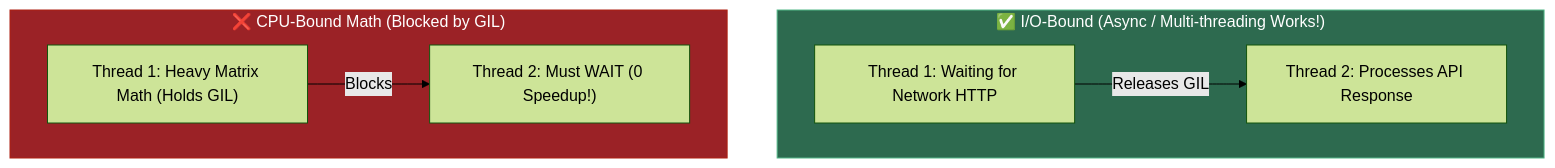
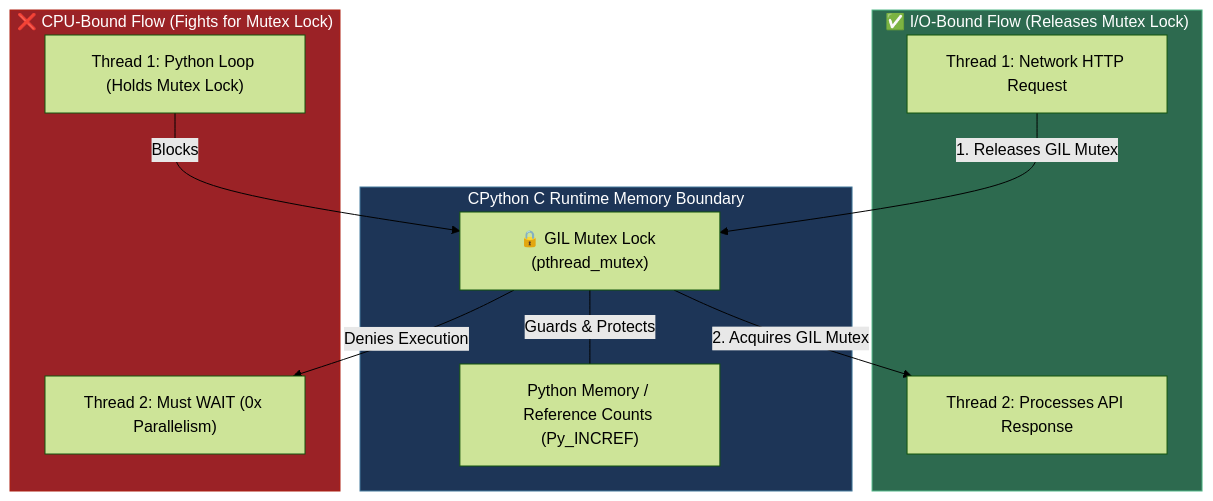
The fifth of 13 diagrams in course-path/phase-0-engineering-foundations/03_async_typehints_pydantic.md (madhankumar-chiluveri/ai-ml-course), drawn with Mermaid (forest theme) before and after one commit. The commit also changed other lines of this file and 1 other file, not shown here.

````diff
--- a/course-path/phase-0-engineering-foundations/03_async_typehints_pydantic.md
+++ b/course-path/phase-0-engineering-foundations/03_async_typehints_pydantic.md
@@ -214,13 +425,22 @@
 ```mermaid
 flowchart TD
-    subgraph IOBound ["✅ I/O-Bound (Async / Multi-threading Works!)"]
-        IO1["Thread 1: Waiting for Network HTTP"] -->|Releases GIL| IO2["Thread 2: Processes API Response"]
+    subgraph CPythonRuntime ["CPython C Runtime Memory Boundary"]
+        RC["Python Memory / Reference Counts (Py_INCREF)"]
+        MUTEX["🔒 GIL Mutex Lock (pthread_mutex)"]
+        MUTEX ---|Guards & Protects| RC
     end
 
-    subgraph CPUBound ["❌ CPU-Bound Math (Blocked by GIL)"]
-        CPU1["Thread 1: Heavy Matrix Math (Holds GIL)"] -->|Blocks| CPU2["Thread 2: Must WAIT (0 Speedup!)"]
+    subgraph IOBound ["✅ I/O-Bound Flow (Releases Mutex Lock)"]
+        T1_IO["Thread 1: Network HTTP Request"] -->|1. Releases GIL Mutex| MUTEX
+        MUTEX -->|2. Acquires GIL Mutex| T2_IO["Thread 2: Processes API Response"]
+    end
+
+    subgraph CPUBound ["❌ CPU-Bound Flow (Fights for Mutex Lock)"]
+        T1_CPU["Thread 1: Python Loop (Holds Mutex Lock)"] -->|Blocks| MUTEX
+        MUTEX -->|Denies Execution| T2_CPU["Thread 2: Must WAIT (0x Parallelism)"]
     end
 
     style CPUBound fill:#9b2226,stroke:#ae2012,color:#fff
     style IOBound fill:#2d6a4f,stroke:#52b788,color:#fff
+    style CPythonRuntime fill:#1d3557,stroke:#457b9d,color:#fff
 ```
````
